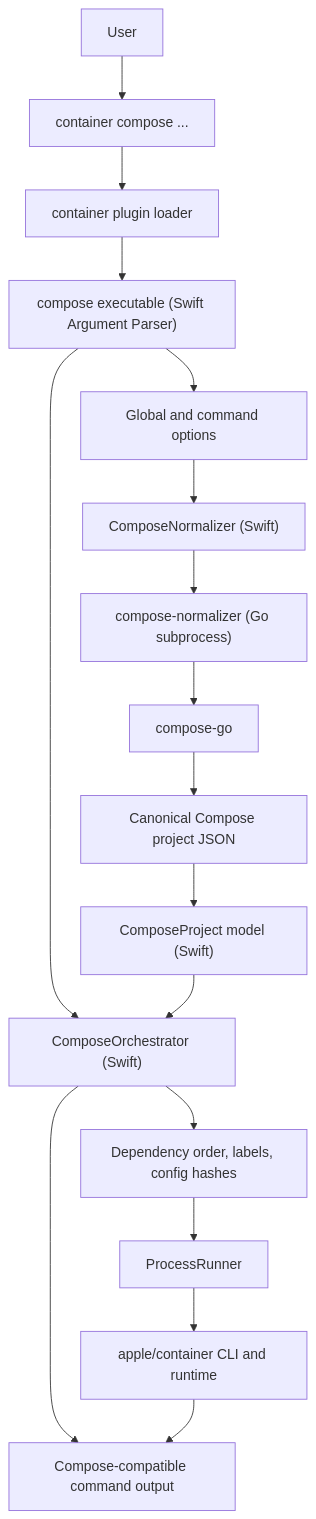
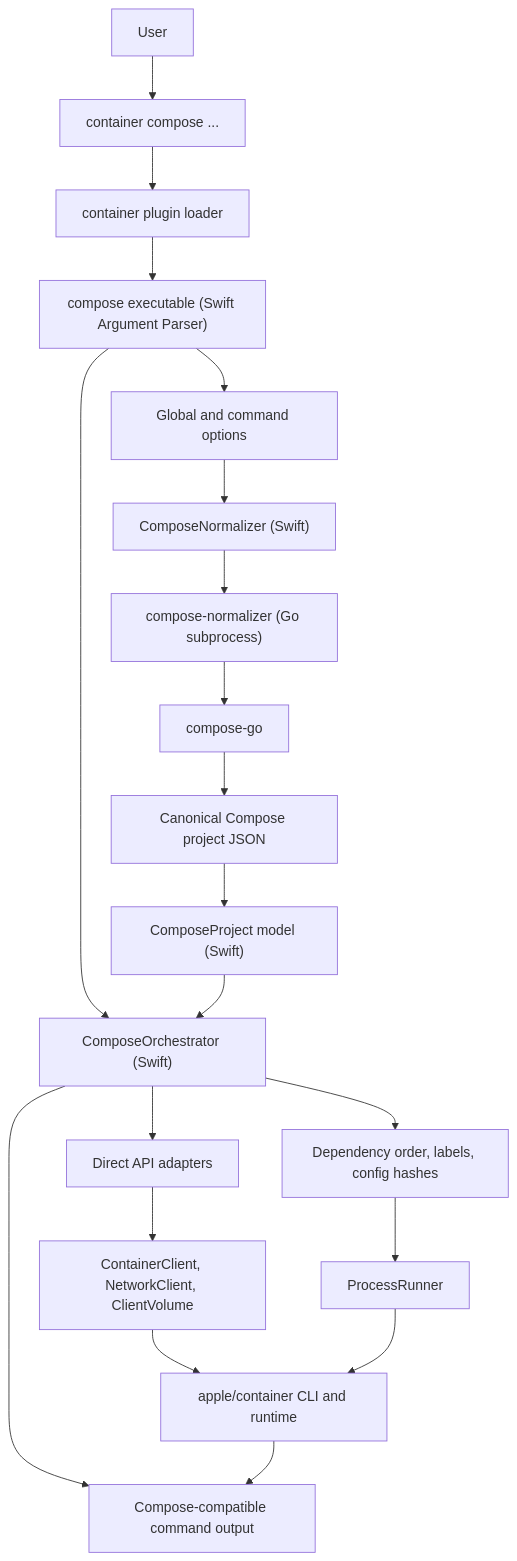
Before and after one commit to stephenlclarke/container-compose: the diagram in DESIGN.md, drawn with Mermaid. The commit also changed other lines of this file and 4 other files, not shown here.

Commit message:
feat(runtime): use direct APIs for container discovery

````diff
--- a/DESIGN.md
+++ b/DESIGN.md
@@ -49,23 +49,26 @@
 ```mermaid
 flowchart TD
     User["User"] --> ContainerCLI["container compose ..."]
     ContainerCLI --> PluginLoader["container plugin loader"]
     PluginLoader --> SwiftCLI["compose executable (Swift Argument Parser)"]
 
     SwiftCLI --> Options["Global and command options"]
     Options --> Normalizer["ComposeNormalizer (Swift)"]
     Normalizer --> GoHelper["compose-normalizer (Go subprocess)"]
     GoHelper --> ComposeGo["compose-go"]
     ComposeGo --> CanonicalJSON["Canonical Compose project JSON"]
     CanonicalJSON --> Model["ComposeProject model (Swift)"]
 
     SwiftCLI --> Orchestrator["ComposeOrchestrator (Swift)"]
     Model --> Orchestrator
     Orchestrator --> Planner["Dependency order, labels, config hashes"]
+    Orchestrator --> DirectAdapters["Direct API adapters"]
+    DirectAdapters --> AppleAPI["ContainerClient, NetworkClient, ClientVolume"]
+    AppleAPI --> AppleContainer
     Planner --> Runner["ProcessRunner"]
     Runner --> AppleContainer["apple/container CLI and runtime"]
     click AppleContainer "https://github.com/apple/container"
 
     Orchestrator --> Output["Compose-compatible command output"]
     AppleContainer --> Output
 ```
````
